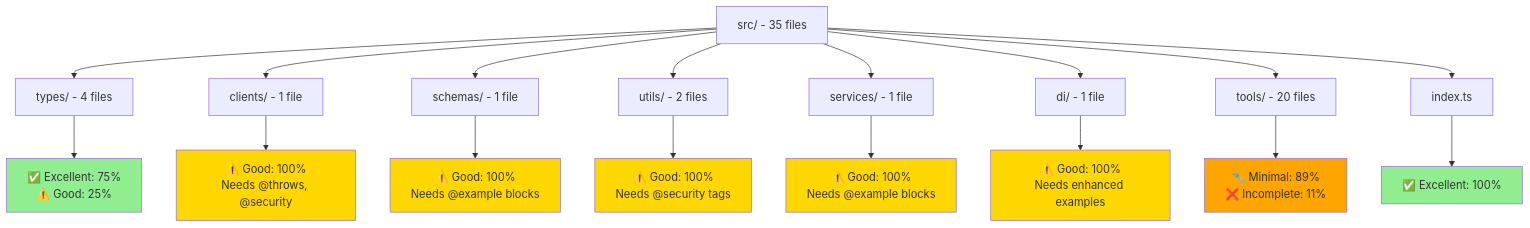
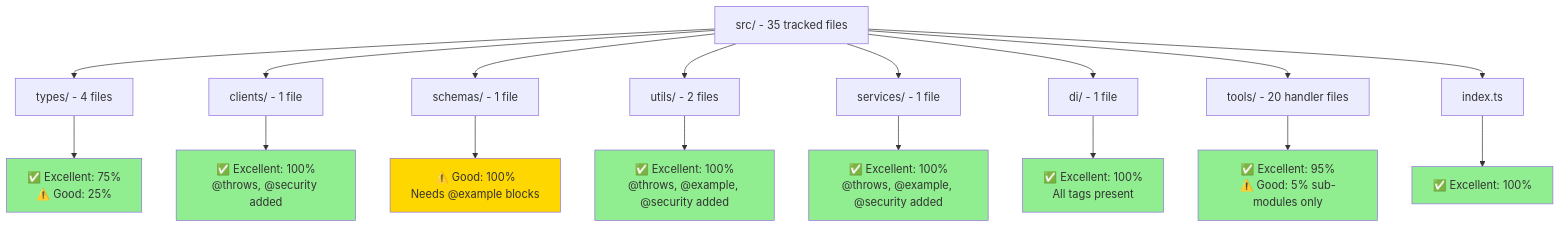
One commit to Hack23/European-Parliament-MCP-Server changed the first of 3 diagrams in api/media/JSDOC_COVERAGE_VISUALIZATION.md. Above: the diagram before and after it, drawn with Mermaid. The commit also changed other lines of this file and 1192 other files, not shown here.

````diff
--- a/api/media/JSDOC_COVERAGE_VISUALIZATION.md
+++ b/api/media/JSDOC_COVERAGE_VISUALIZATION.md
@@ -26,31 +47,31 @@
 ```mermaid
 graph TB
-    Root[src/ - 35 files]
-    
+    Root[src/ - 35 tracked files]
+
     Root --> Types[types/ - 4 files]
     Root --> Clients[clients/ - 1 file]
     Root --> Schemas[schemas/ - 1 file]
     Root --> Utils[utils/ - 2 files]
     Root --> Services[services/ - 1 file]
     Root --> DI[di/ - 1 file]
-    Root --> Tools[tools/ - 20 files]
+    Root --> Tools[tools/ - 20 handler files]
     Root --> Index[index.ts]
-    
+
     Types --> TypesStatus[✅ Excellent: 75%<br/>⚠️ Good: 25%]
-    Clients --> ClientsStatus[⚠️ Good: 100%<br/>Needs @throws, @security]
+    Clients --> ClientsStatus[✅ Excellent: 100%<br/>@throws, @security added]
     Schemas --> SchemasStatus[⚠️ Good: 100%<br/>Needs @example blocks]
-    Utils --> UtilsStatus[⚠️ Good: 100%<br/>Needs @security tags]
-    Services --> ServicesStatus[⚠️ Good: 100%<br/>Needs @example blocks]
-    DI --> DIStatus[⚠️ Good: 100%<br/>Needs enhanced examples]
-    Tools --> ToolsStatus[🔧 Minimal: 89%<br/>❌ Incomplete: 11%]
+    Utils --> UtilsStatus[✅ Excellent: 100%<br/>@throws, @example, @security added]
+    Services --> ServicesStatus[✅ Excellent: 100%<br/>@throws, @example, @security added]
+    DI --> DIStatus[✅ Excellent: 100%<br/>All tags present]
+    Tools --> ToolsStatus[✅ Excellent: 95%<br/>⚠️ Good: 5% sub-modules only]
     Index --> IndexStatus[✅ Excellent: 100%]
-    
+
     style TypesStatus fill:#90EE90
-    style ClientsStatus fill:#FFD700
+    style ClientsStatus fill:#90EE90
     style SchemasStatus fill:#FFD700
-    style UtilsStatus fill:#FFD700
-    style ServicesStatus fill:#FFD700
-    style DIStatus fill:#FFD700
-    style ToolsStatus fill:#FFA500
+    style UtilsStatus fill:#90EE90
+    style ServicesStatus fill:#90EE90
+    style DIStatus fill:#90EE90
+    style ToolsStatus fill:#90EE90
     style IndexStatus fill:#90EE90
 ```
````
